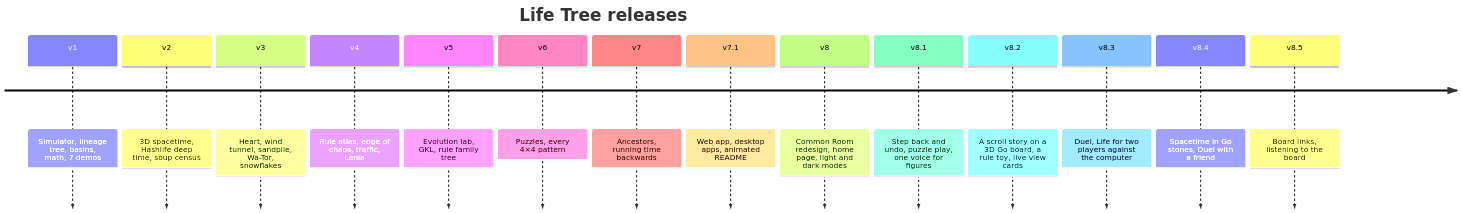
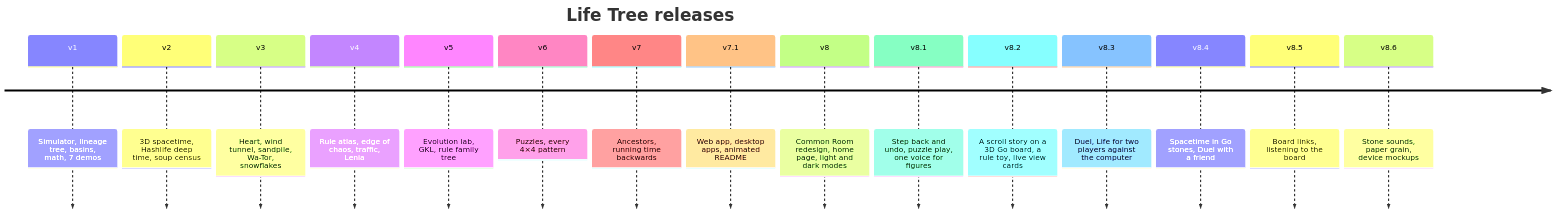
The second of 4 diagrams in README.md (Normansrule/game-of-life), drawn with Mermaid before and after one commit. The commit also changed other lines of this file and 15 other files, not shown here.

First line of the commit message:
8.6.0: stone sounds, paper grain, device mockups

````diff
--- a/README.md
+++ b/README.md
@@ -78,18 +81,19 @@
 ```mermaid
 timeline
   title Life Tree releases
   v1 : Simulator, lineage tree, basins, math, 7 demos
   v2 : 3D spacetime, Hashlife deep time, soup census
   v3 : Heart, wind tunnel, sandpile, Wa-Tor, snowflakes
   v4 : Rule atlas, edge of chaos, traffic, Lenia
   v5 : Evolution lab, GKL, rule family tree
   v6 : Puzzles, every 4×4 pattern
   v7 : Ancestors, running time backwards
   v7.1 : Web app, desktop apps, animated README
   v8 : Common Room redesign, home page, light and dark modes
   v8.1 : Step back and undo, puzzle play, one voice for figures
   v8.2 : A scroll story on a 3D Go board, a rule toy, live view cards
   v8.3 : Duel, Life for two players against the computer
   v8.4 : Spacetime in Go stones, Duel with a friend
   v8.5 : Board links, listening to the board
+  v8.6 : Stone sounds, paper grain, device mockups
 ```
````
